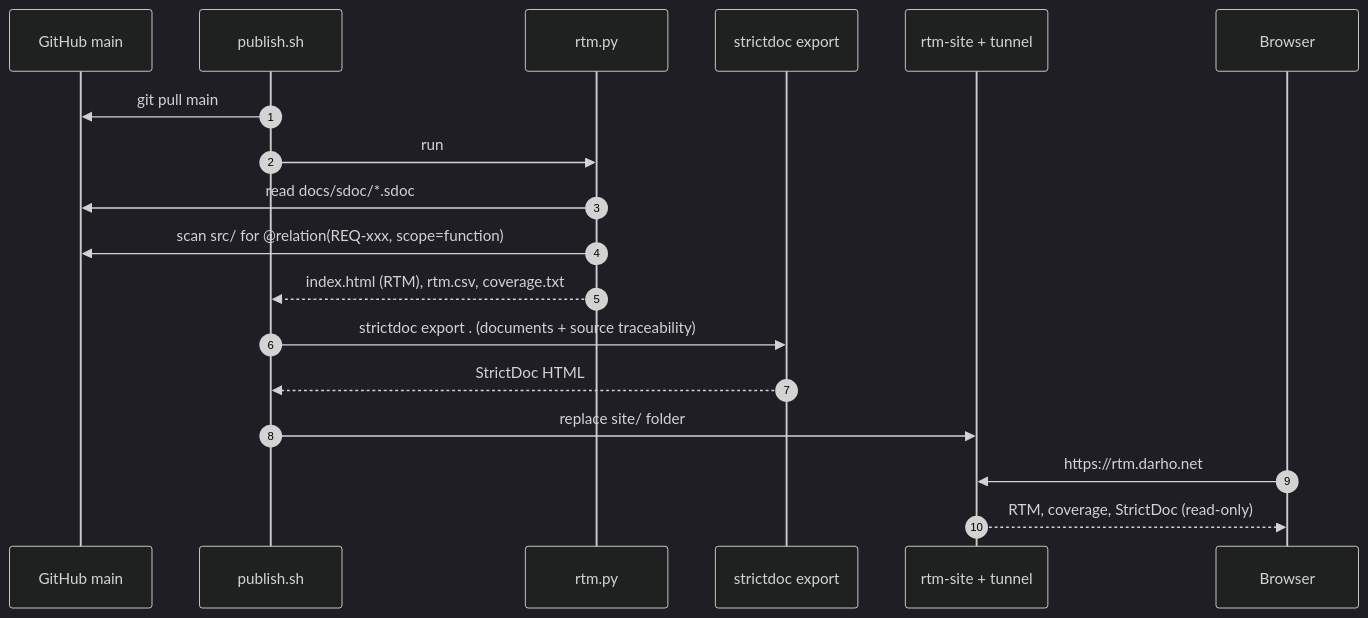
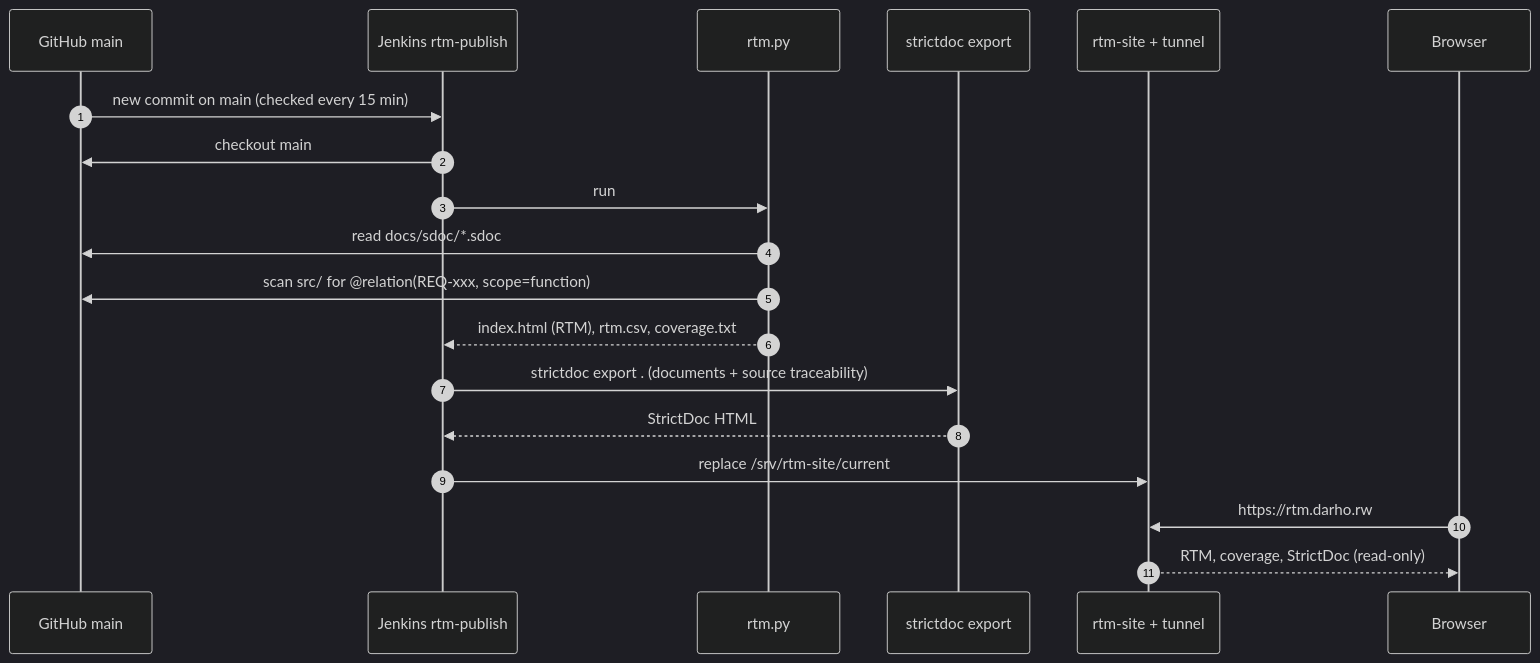
The fifth of 9 diagrams in SUBMISSION.md (aline-001/requirements-pipeline), drawn with Mermaid (dark theme) before and after one commit. The commit also changed other lines of this file, not shown here.

Commit message:
SUBMISSION: Jenkins section, links moved to darho.rw

````diff
--- a/SUBMISSION.md
+++ b/SUBMISSION.md
@@ -718,21 +724,22 @@
 ```mermaid
 sequenceDiagram
     autonumber
     participant Git as GitHub main
-    participant Pub as publish.sh
+    participant Pub as Jenkins rtm-publish
     participant RTM as rtm.py
     participant SD as strictdoc export
     participant Web as rtm-site + tunnel
     participant User as Browser
 
-    Pub->>Git: git pull main
+    Git->>Pub: new commit on main (checked every 15 min)
+    Pub->>Git: checkout main
     Pub->>RTM: run
     RTM->>Git: read docs/sdoc/*.sdoc
     RTM->>Git: scan src/ for @relation(REQ-xxx, scope=function)
     RTM-->>Pub: index.html (RTM), rtm.csv, coverage.txt
     Pub->>SD: strictdoc export . (documents + source traceability)
     SD-->>Pub: StrictDoc HTML
-    Pub->>Web: replace site/ folder
-    User->>Web: https://rtm.darho.net
+    Pub->>Web: replace /srv/rtm-site/current
+    User->>Web: https://rtm.darho.rw
     Web-->>User: RTM, coverage, StrictDoc (read-only)
 ```
````
